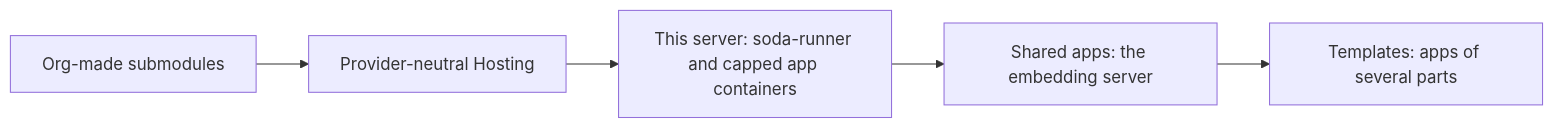
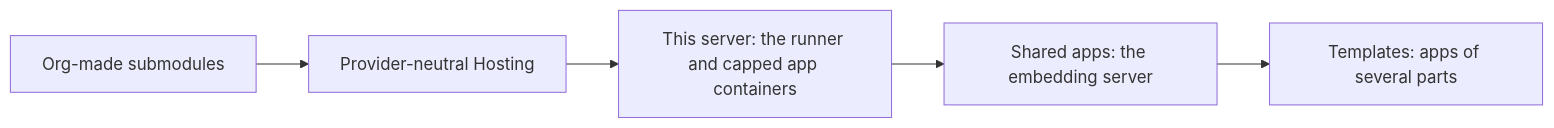
The diagram in docs/roadmap.md (asusoda/soda-internal-api), drawn with Mermaid before and after one commit. The commit also changed other lines of this file and 29 other files, not shown here.

First line of the commit message:
Add This server: org apps as capped containers on the server

````diff
--- a/docs/roadmap.md
+++ b/docs/roadmap.md
@@ -17,7 +17,7 @@
 ```mermaid
 flowchart LR
   a["Org-made submodules"] --> b["Provider-neutral Hosting"]
-  b --> d["This server: soda-runner and capped app containers"]
+  b --> d["This server: the runner and capped app containers"]
   d --> e["Shared apps: the embedding server"]
   e --> f["Templates: apps of several parts"]
 ```
````
